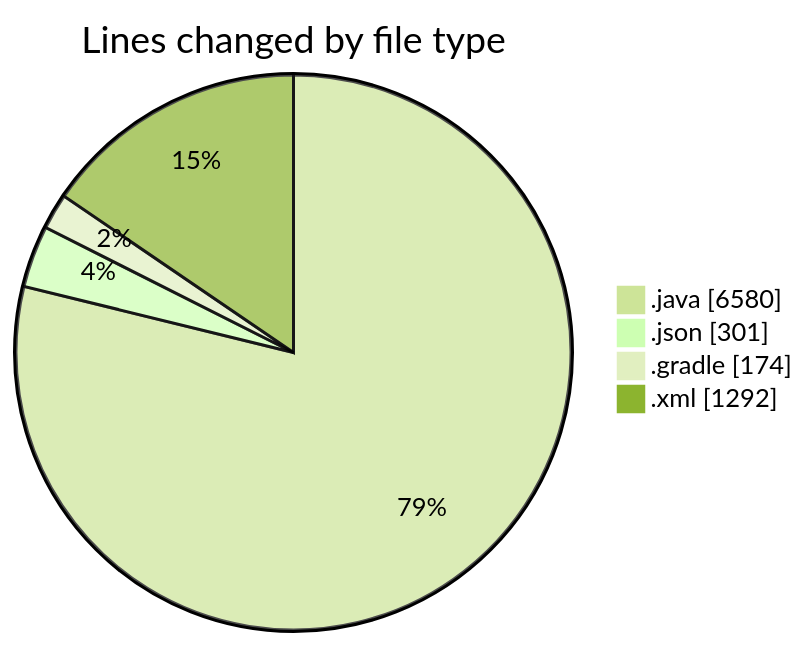
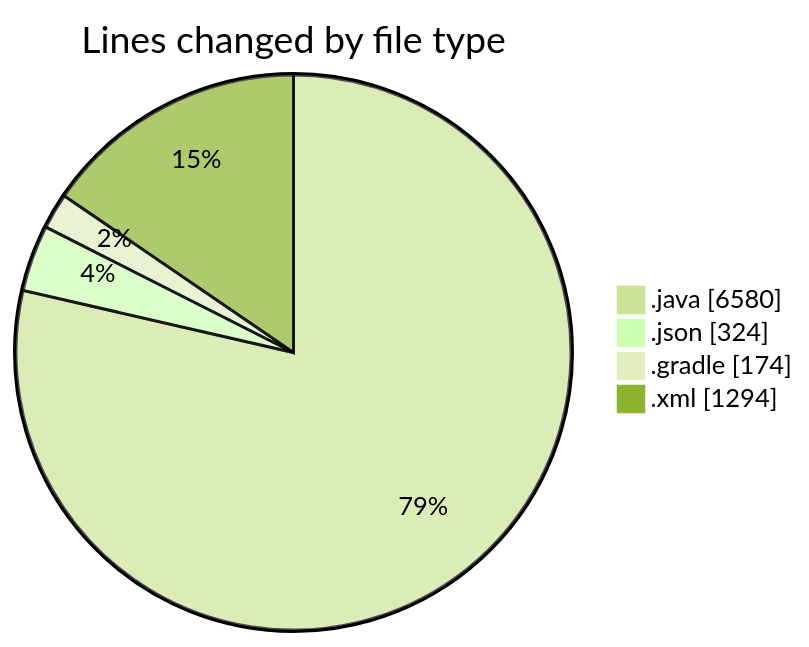
Before and after one commit to charlie-sans/code-tracking: the first of 2 diagrams in 2025-02-22/micros/README.md, drawn with Mermaid (forest theme). The commit also changed other lines of this file and 1 other file, not shown here.

````diff
--- a/2025-02-22/micros/README.md
+++ b/2025-02-22/micros/README.md
@@ -67,8 +67,8 @@
 ```mermaid
 pie showData
 title Lines changed by file type
 ".java" : 6580
-".json" : 301
+".json" : 324
 ".gradle" : 174
-".xml" : 1292
+".xml" : 1294
 ```
````
